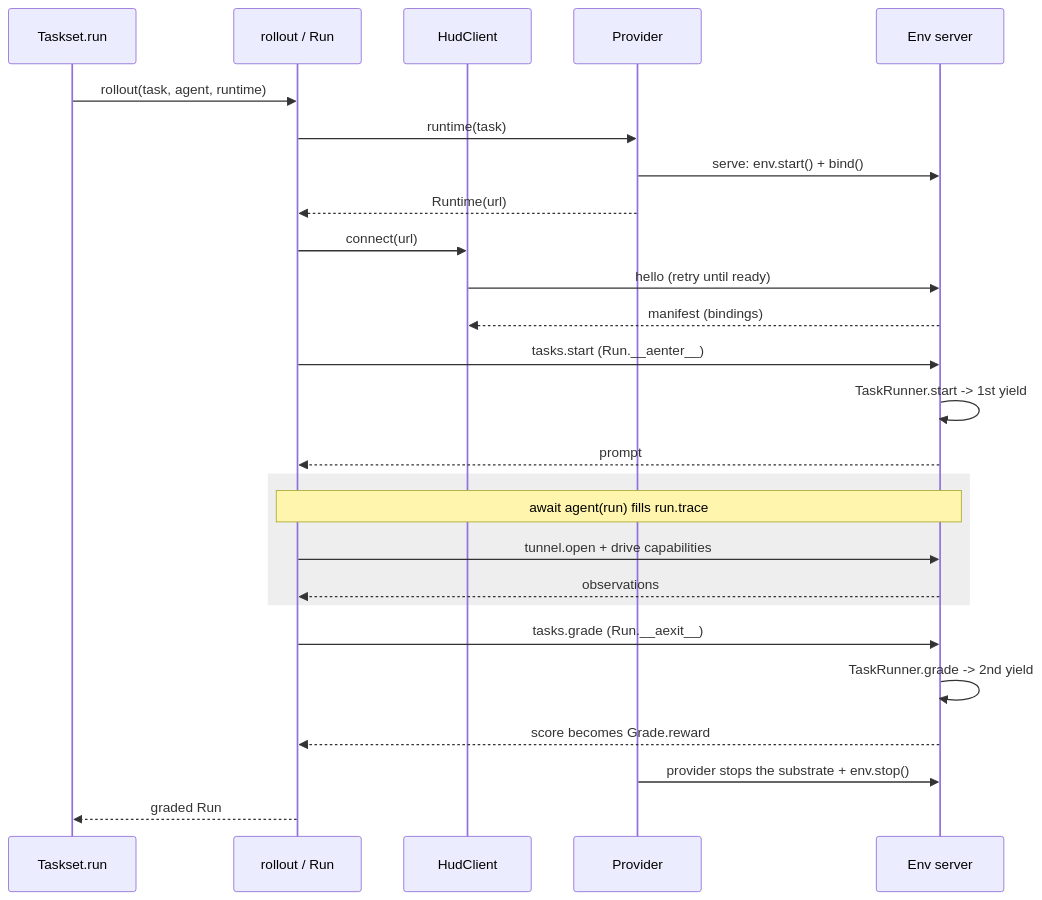
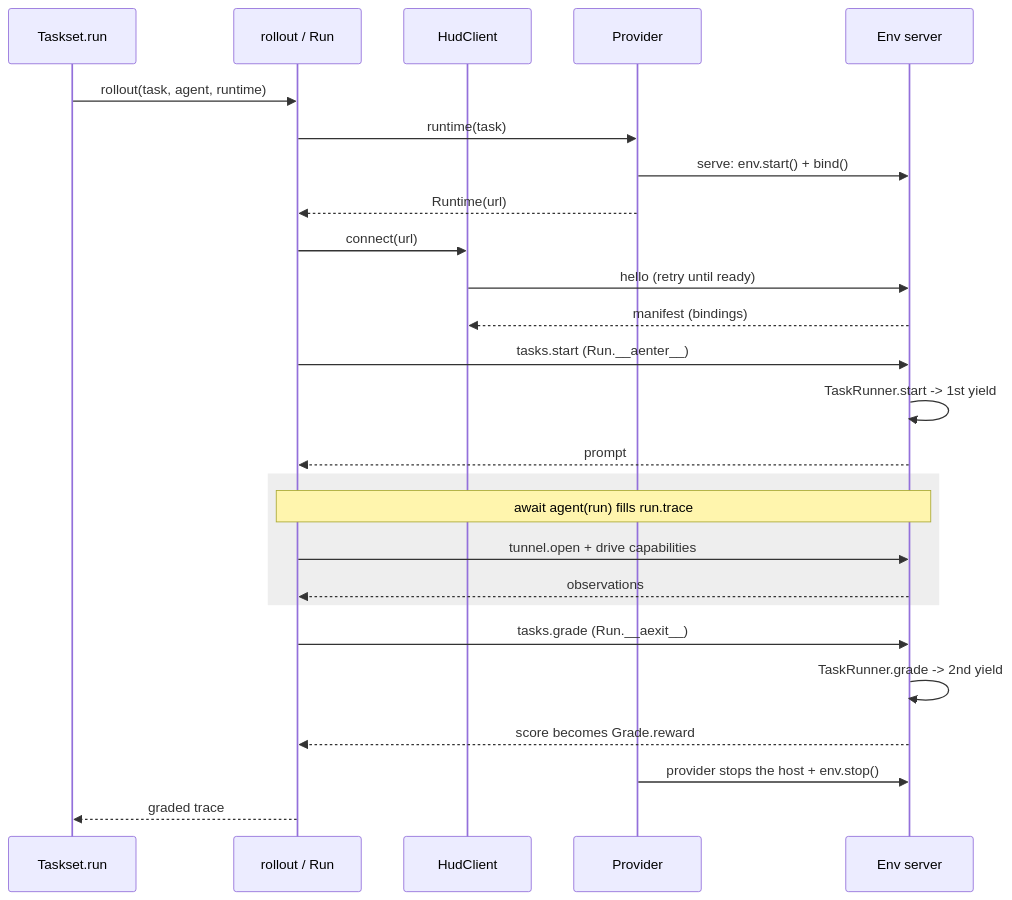
Before and after one commit to hud-evals/hud-python: the diagram in docs/v6/internals/walkthrough.mdx, drawn with Mermaid. The commit also changed other lines of this file and 338 other files, not shown here.

````diff
--- a/docs/v6/internals/walkthrough.mdx
+++ b/docs/v6/internals/walkthrough.mdx
@@ -700,28 +703,28 @@
 ```mermaid
 sequenceDiagram
     participant Sched as Taskset.run
     participant Roll as rollout / Run
     participant Cli as HudClient
     participant Prov as Provider
     participant Env as Env server
     Sched->>Roll: rollout(task, agent, runtime)
     Roll->>Prov: runtime(task)
     Prov->>Env: serve: env.start() + bind()
     Prov-->>Roll: Runtime(url)
     Roll->>Cli: connect(url)
     Cli->>Env: hello (retry until ready)
     Env-->>Cli: manifest (bindings)
     Roll->>Env: tasks.start (Run.__aenter__)
     Env->>Env: TaskRunner.start -> 1st yield
     Env-->>Roll: prompt
     rect rgb(238,238,238)
     Note over Roll,Env: await agent(run) fills run.trace
     Roll->>Env: tunnel.open + drive capabilities
     Env-->>Roll: observations
     end
     Roll->>Env: tasks.grade (Run.__aexit__)
     Env->>Env: TaskRunner.grade -> 2nd yield
     Env-->>Roll: score becomes Grade.reward
-    Prov->>Env: provider stops the substrate + env.stop()
-    Roll-->>Sched: graded Run
+    Prov->>Env: provider stops the host + env.stop()
+    Roll-->>Sched: graded trace
 ```
````
